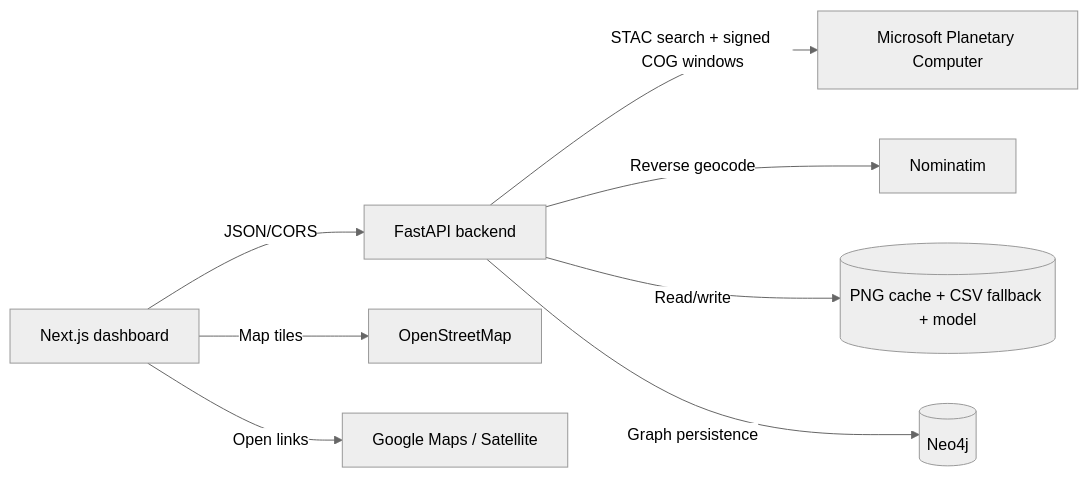
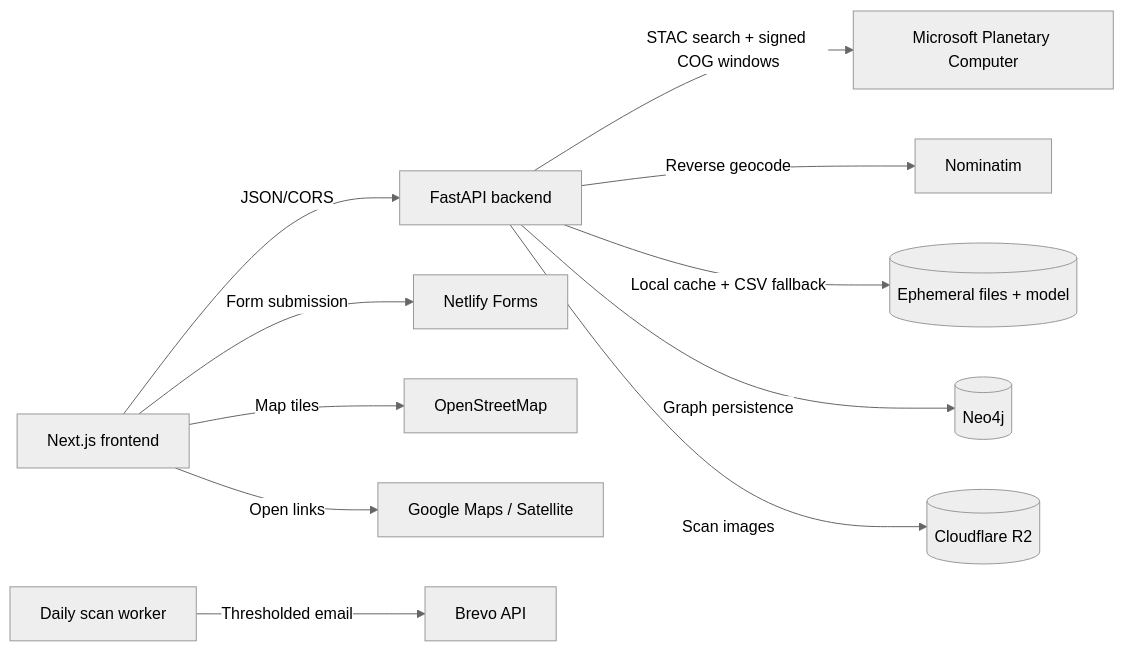
Before and after one commit to himanshugoyal2582003/GeoSentinelAI: the diagram in docs/system-architecture.md, drawn with Mermaid (neutral theme). The commit also changed other lines of this file and 29 other files, not shown here.

````diff
--- a/docs/system-architecture.md
+++ b/docs/system-architecture.md
@@ -19,10 +21,13 @@
 ```mermaid
 flowchart LR
-    Browser[Next.js dashboard] -->|JSON/CORS| API[FastAPI backend]
+    Browser[Next.js frontend] -->|JSON/CORS| API[FastAPI backend]
+    Browser -->|Form submission| Forms[Netlify Forms]
     Browser -->|Map tiles| OSM[OpenStreetMap]
     Browser -->|Open links| Google[Google Maps / Satellite]
     API -->|STAC search + signed COG windows| MPC[Microsoft Planetary Computer]
     API -->|Reverse geocode| Nominatim[Nominatim]
-    API -->|Read/write| Files[(PNG cache + CSV fallback + model)]
+    API -->|Local cache + CSV fallback| Files[(Ephemeral files + model)]
     API -->|Graph persistence| Neo4j[(Neo4j)]
+    API -->|Scan images| R2[(Cloudflare R2)]
+    Worker[Daily scan worker] -->|Thresholded email| Brevo[Brevo API]
 ```
````
